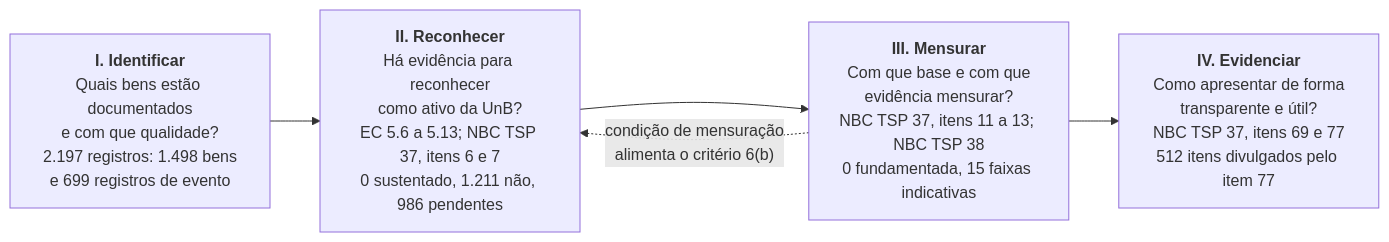
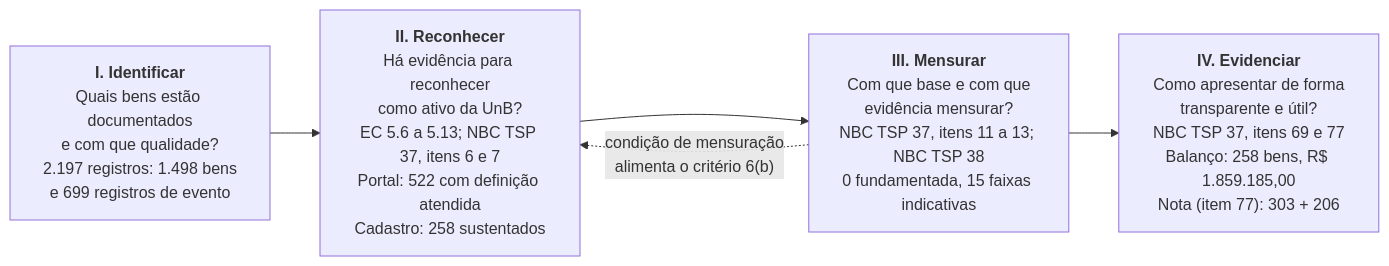
One commit to atalaiaempreendimentos-bot/hackhathonunb changed the first of 2 diagrams in README.md. Above: the diagram before and after it, drawn with Mermaid. The commit also changed other lines of this file and 20 other files, not shown here.

````diff
--- a/README.md
+++ b/README.md
@@ -67,9 +77,9 @@
 ```mermaid
 flowchart LR
   I["<b>I. Identificar</b><br/>Quais bens estão documentados<br/>e com que qualidade?<br/>2.197 registros: 1.498 bens<br/>e 699 registros de evento"]
-  R["<b>II. Reconhecer</b><br/>Há evidência para reconhecer<br/>como ativo da UnB?<br/>EC 5.6 a 5.13; NBC TSP 37, itens 6 e 7<br/>0 sustentado, 1.211 não, 986 pendentes"]
+  R["<b>II. Reconhecer</b><br/>Há evidência para reconhecer<br/>como ativo da UnB?<br/>EC 5.6 a 5.13; NBC TSP 37, itens 6 e 7<br/>Portal: 522 com definição atendida<br/>Cadastro: 258 sustentados"]
   M["<b>III. Mensurar</b><br/>Com que base e com que<br/>evidência mensurar?<br/>NBC TSP 37, itens 11 a 13; NBC TSP 38<br/>0 fundamentada, 15 faixas indicativas"]
-  E["<b>IV. Evidenciar</b><br/>Como apresentar de forma<br/>transparente e útil?<br/>NBC TSP 37, itens 69 e 77<br/>512 itens divulgados pelo item 77"]
+  E["<b>IV. Evidenciar</b><br/>Como apresentar de forma<br/>transparente e útil?<br/>NBC TSP 37, itens 69 e 77<br/>Balanço: 258 bens, R$ 1.859.185,00<br/>Nota (item 77): 303 + 206"]
   I --> R --> M --> E
   M -. "condição de mensuração<br/>alimenta o critério 6(b)" .-> R
 ```
````
